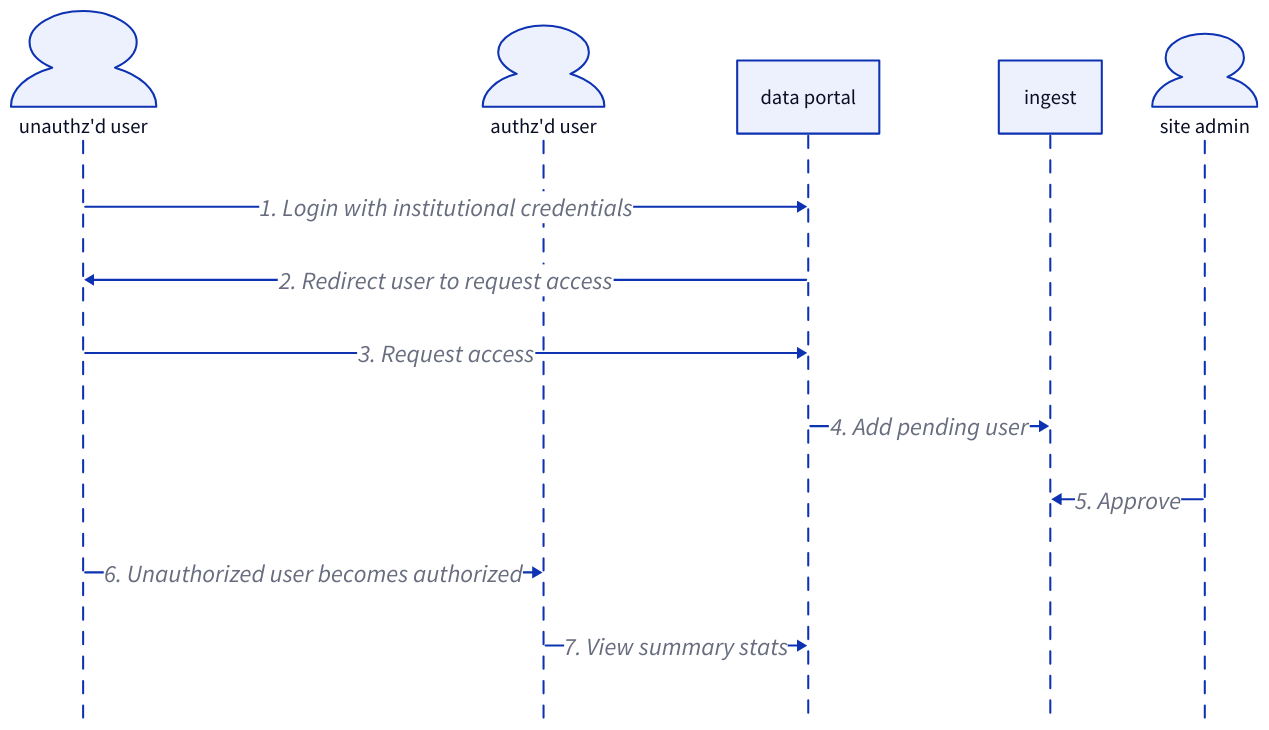
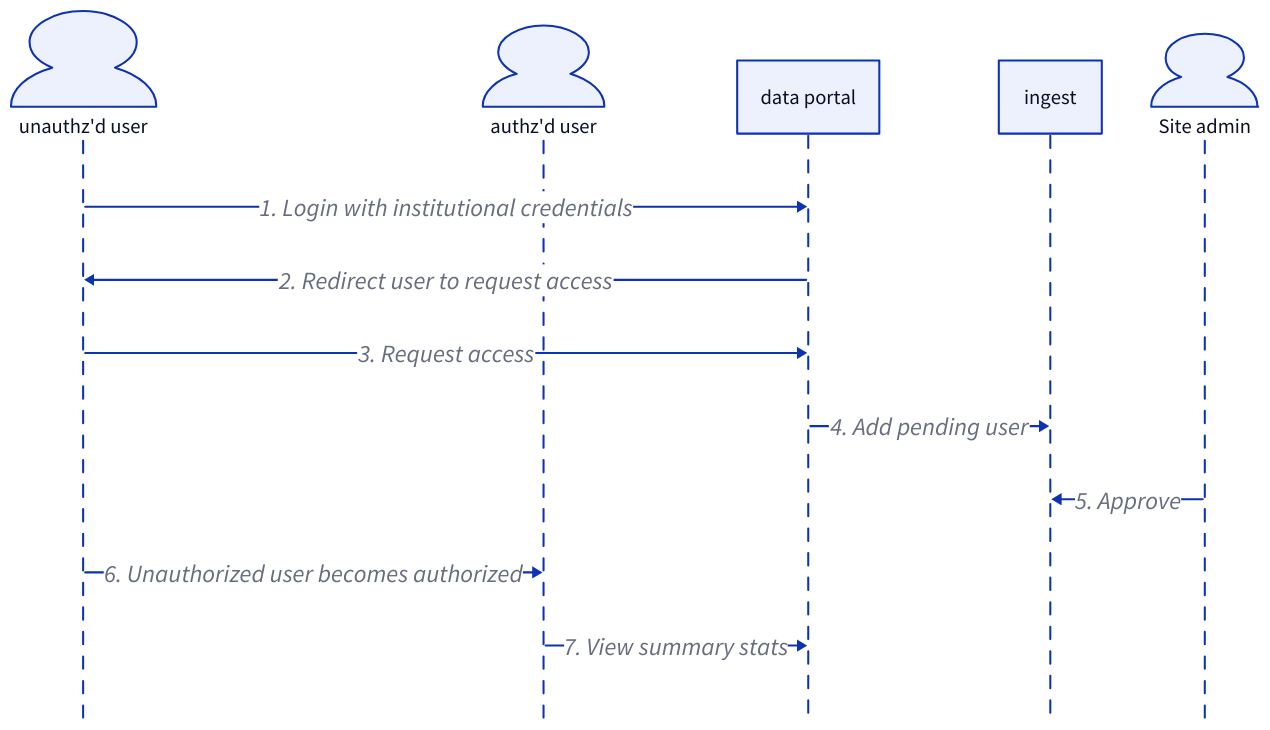
The first of 2 diagrams in docs/src/content/docs/user-roles/roles-overview.mdx (CanDIG/CanDIGv2), drawn with D2 before and after one commit. The commit also changed other lines of this file and 6 other files, not shown here.

````diff
--- a/docs/src/content/docs/user-roles/roles-overview.mdx
+++ b/docs/src/content/docs/user-roles/roles-overview.mdx
@@ -49,21 +73,21 @@
 ```d2 
 # User request flow
 shape: sequence_diagram
 unauthz'd user: {shape: person}
 unauthz'd user.style.font-size: 20
 authz'd user: {shape: person}
 authz'd user.style.font-size: 20
 data portal
 data portal.style.font-size: 20
 ingest
 ingest.style.font-size: 20
-site admin: {shape: person}
-site admin.style.font-size: 20
+Site admin: {shape: person}
+Site admin.style.font-size: 20
 unauthz'd user -> data portal: 1. Login with institutional credentials {style: {font-size: 24}}
 data portal -> unauthz'd user: 2. Redirect user to request access {style: {font-size: 24}}
 unauthz'd user -> data portal: 3. Request access {style: {font-size: 24}}
 data portal -> ingest: 4. Add pending user {style: {font-size: 24}}
-site admin -> ingest: 5. Approve {style: {font-size: 24}}
+Site admin -> ingest: 5. Approve {style: {font-size: 24}}
 unauthz'd user -> authz'd user: 6. Unauthorized user becomes authorized {style: {font-size: 24}}
 authz'd user -> data portal: 7. View summary stats {style: {font-size: 24}}
 ```
````
